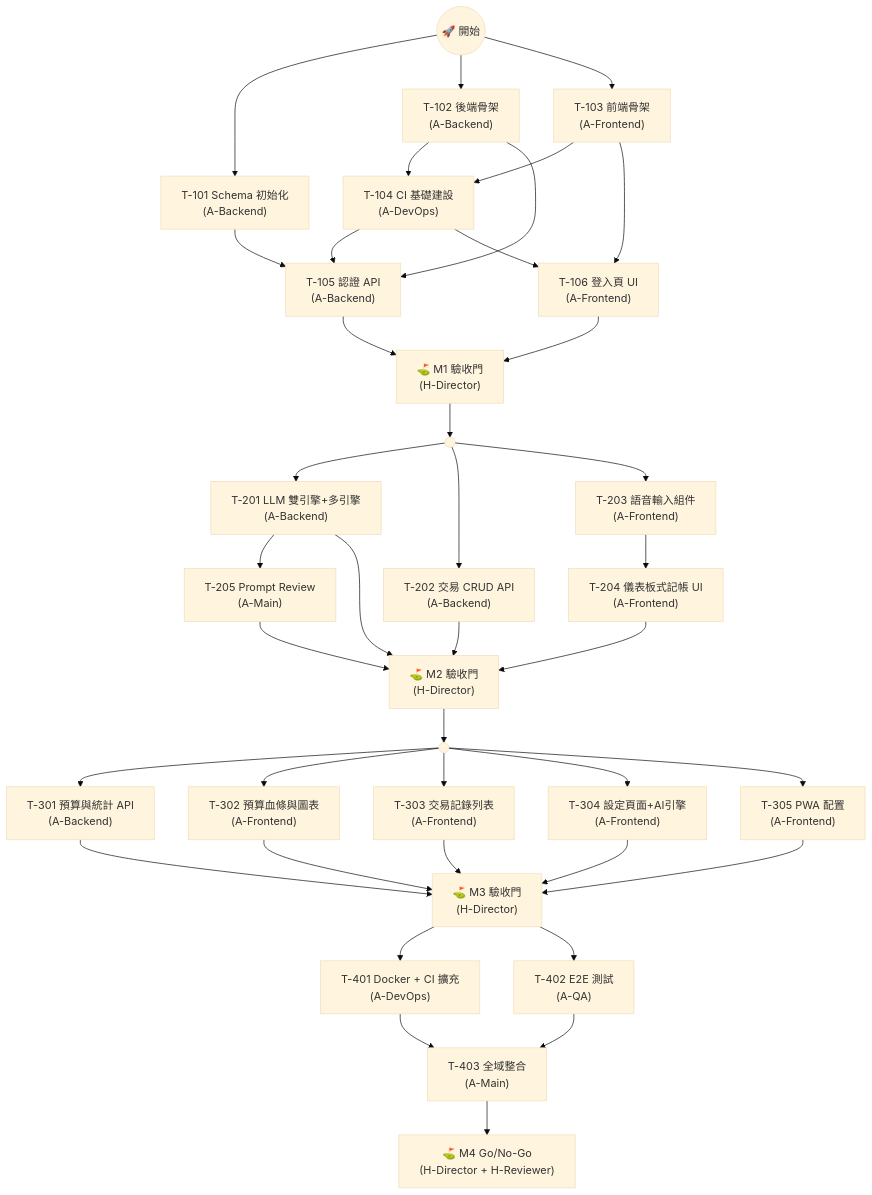
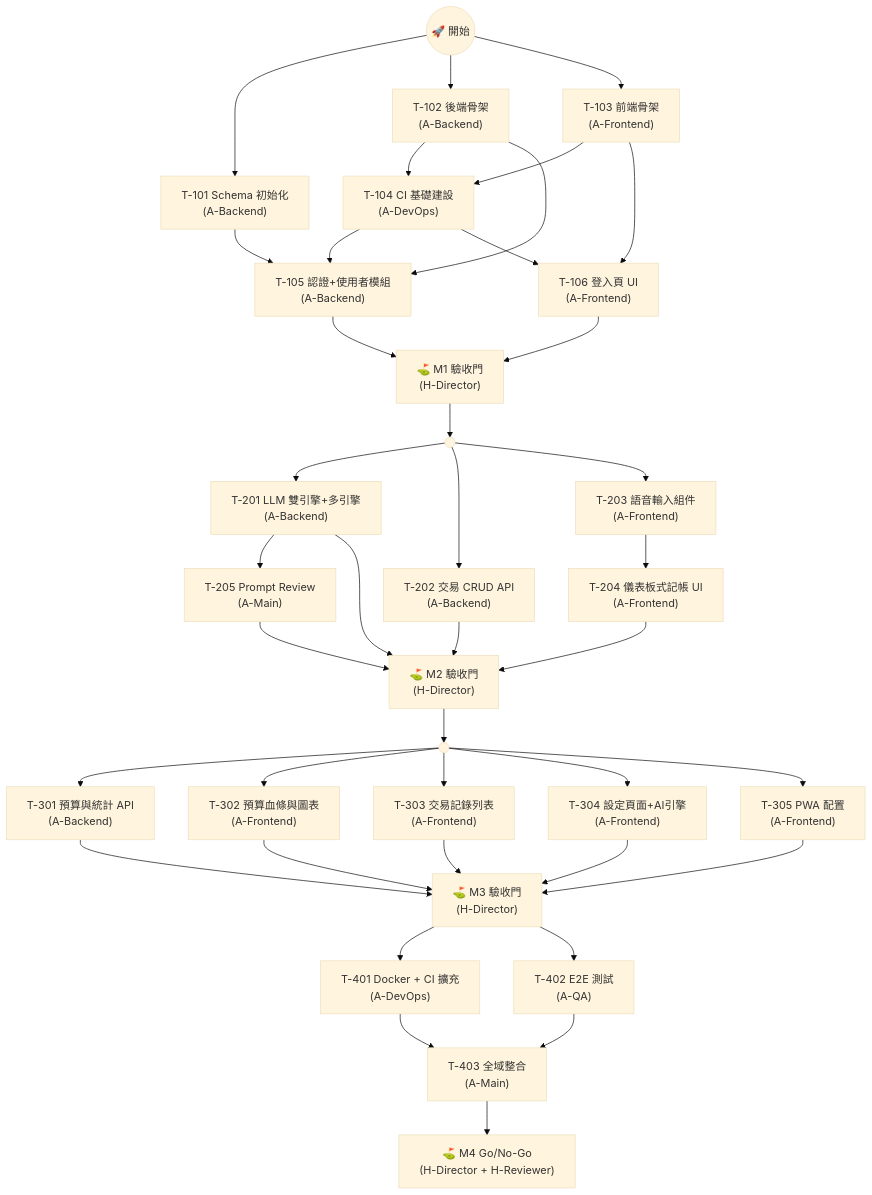
Before and after one commit to robin-li/vibe-money-book: the third of 4 diagrams in docs/02-Dev_Plan.md, drawn with Mermaid (base theme). The commit also changed other lines of this file and 7 other files, not shown here.

````diff
--- a/docs/02-Dev_Plan.md
+++ b/docs/02-Dev_Plan.md
@@ -603,46 +605,46 @@
 ```mermaid
 flowchart TB
     START(("🚀 開始")) --> T101 & T102 & T103
 
     T101["T-101 Schema 初始化<br/>(A-Backend)"]
     T102["T-102 後端骨架<br/>(A-Backend)"]
     T103["T-103 前端骨架<br/>(A-Frontend)"]
 
     T102 & T103 --> T104["T-104 CI 基礎建設<br/>(A-DevOps)"]
 
-    T101 & T102 & T104 --> T105["T-105 認證 API<br/>(A-Backend)"]
+    T101 & T102 & T104 --> T105["T-105 認證+使用者模組<br/>(A-Backend)"]
     T103 & T104 --> T106["T-106 登入頁 UI<br/>(A-Frontend)"]
 
     T105 & T106 --> M1G["⛳ M1 驗收門<br/>(H-Director)"]
 
     M1G --> G2_FORK((" "))
     G2_FORK --> T201 & T202 & T203
 
     T201["T-201 LLM 雙引擎+多引擎<br/>(A-Backend)"]
     T202["T-202 交易 CRUD API<br/>(A-Backend)"]
     T203["T-203 語音輸入組件<br/>(A-Frontend)"]
 
     T201 --> T205["T-205 Prompt Review<br/>(A-Main)"]
     T203 --> T204["T-204 儀表板式記帳 UI<br/>(A-Frontend)"]
 
     T201 & T202 & T204 & T205 --> M2G["⛳ M2 驗收門<br/>(H-Director)"]
 
     M2G --> G3_FORK((" "))
     G3_FORK --> T301 & T302 & T303 & T304 & T305
 
     T301["T-301 預算與統計 API<br/>(A-Backend)"]
     T302["T-302 預算血條與圖表<br/>(A-Frontend)"]
     T303["T-303 交易記錄列表<br/>(A-Frontend)"]
     T304["T-304 設定頁面+AI引擎<br/>(A-Frontend)"]
     T305["T-305 PWA 配置<br/>(A-Frontend)"]
 
     T301 & T302 & T303 & T304 & T305 --> M3G["⛳ M3 驗收門<br/>(H-Director)"]
 
     M3G --> T401 & T402
 
     T401["T-401 Docker + CI 擴充<br/>(A-DevOps)"]
     T402["T-402 E2E 測試<br/>(A-QA)"]
 
     T401 & T402 --> T403["T-403 全域整合<br/>(A-Main)"]
     T403 --> M4G["⛳ M4 Go/No-Go<br/>(H-Director + H-Reviewer)"]
 ```
````
